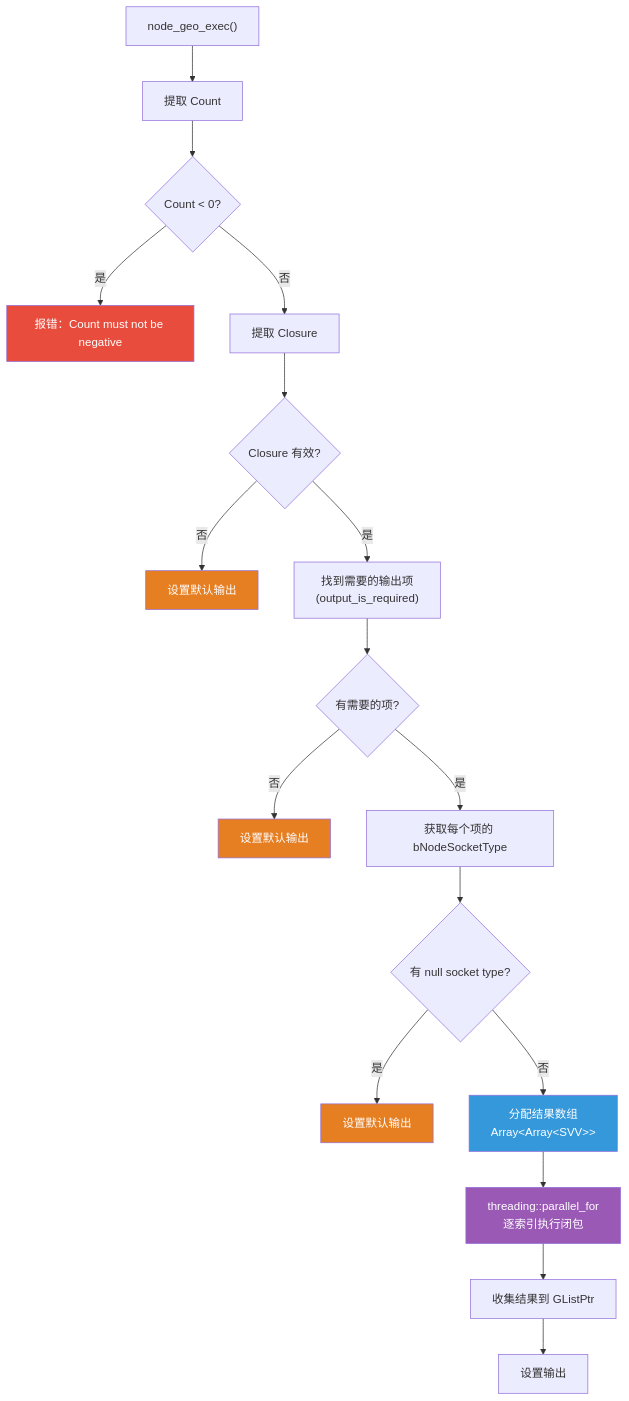
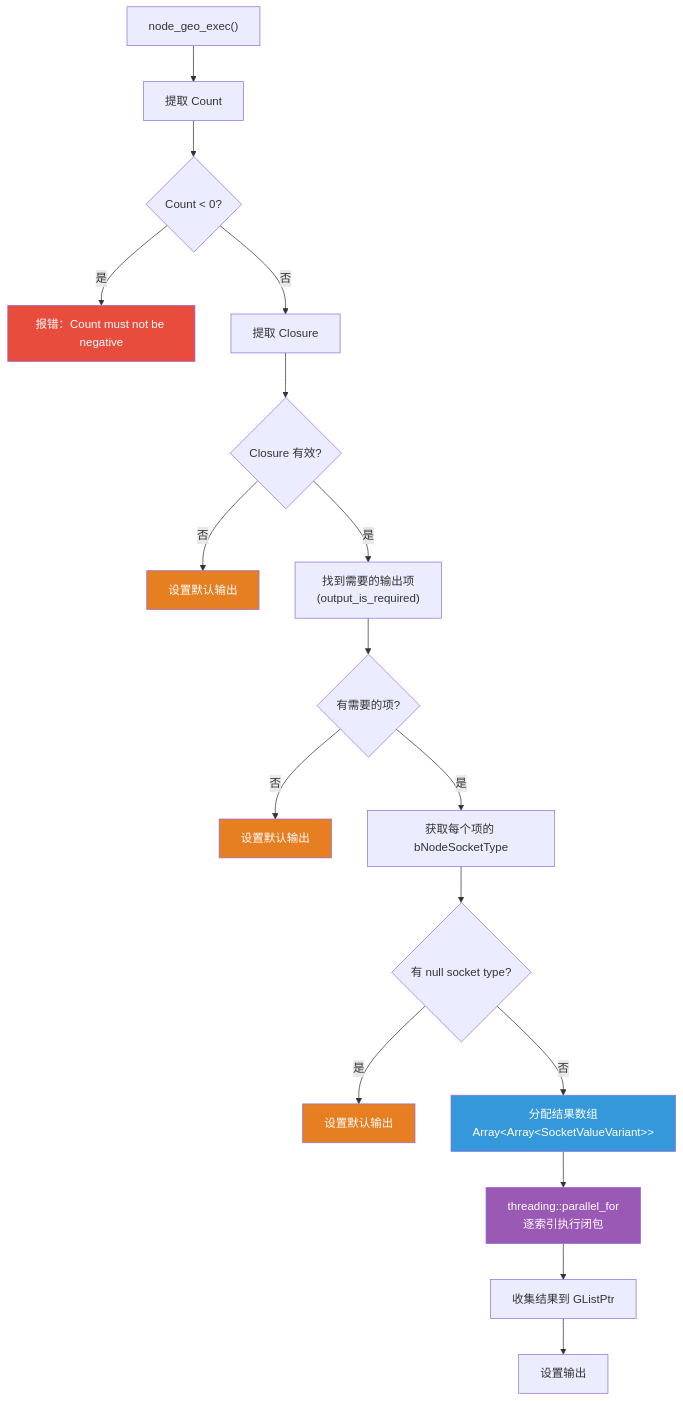
Before and after one commit to yunkezengren/blender-.vscode: diagram 11 of 34 in 杂/markdown/几何节点-列表/09-ClosureToList节点.md, drawn with Mermaid. The commit also changed other lines of this file and 8 other files, not shown here.

````diff
--- a/杂/markdown/几何节点-列表/09-ClosureToList节点.md
+++ b/杂/markdown/几何节点-列表/09-ClosureToList节点.md
@@ -646,26 +646,26 @@
 ```mermaid
 flowchart TD
     Start["node_geo_exec()"] --> ExtractCount["提取 Count"]
     ExtractCount --> CheckCount{"Count < 0?"}
     CheckCount -->|"是"| Error["报错：Count must not be negative"]
     CheckCount -->|"否"| ExtractClosure["提取 Closure"]
     ExtractClosure --> CheckClosure{"Closure 有效?"}
     CheckClosure -->|"否"| Default["设置默认输出"]
     CheckClosure -->|"是"| FindRequired["找到需要的输出项<br/>(output_is_required)"]
     FindRequired --> CheckRequired{"有需要的项?"}
     CheckRequired -->|"否"| Default3["设置默认输出"]
     CheckRequired -->|"是"| GetSocketTypes["获取每个项的 bNodeSocketType"]
     GetSocketTypes --> CheckNull{"有 null socket type?"}
     CheckNull -->|"是"| Default2["设置默认输出"]
-    CheckNull -->|"否"| AllocResults["分配结果数组<br/>Array&lt;Array&lt;SVV&gt;&gt;"]
+    CheckNull -->|"否"| AllocResults["分配结果数组<br/>Array&lt;Array&lt;SocketValueVariant&gt;&gt;"]
     AllocResults --> ParallelEval["threading::parallel_for<br/>逐索引执行闭包"]
     ParallelEval --> CollectResults["收集结果到 GListPtr"]
     CollectResults --> SetOutputs["设置输出"]
 
     style ParallelEval fill:#9b59b6,color:#fff
     style AllocResults fill:#3498db,color:#fff
     style Error fill:#e74c3c,color:#fff
     style Default fill:#e67e22,color:#fff
     style Default2 fill:#e67e22,color:#fff
     style Default3 fill:#e67e22,color:#fff
 ```
````
